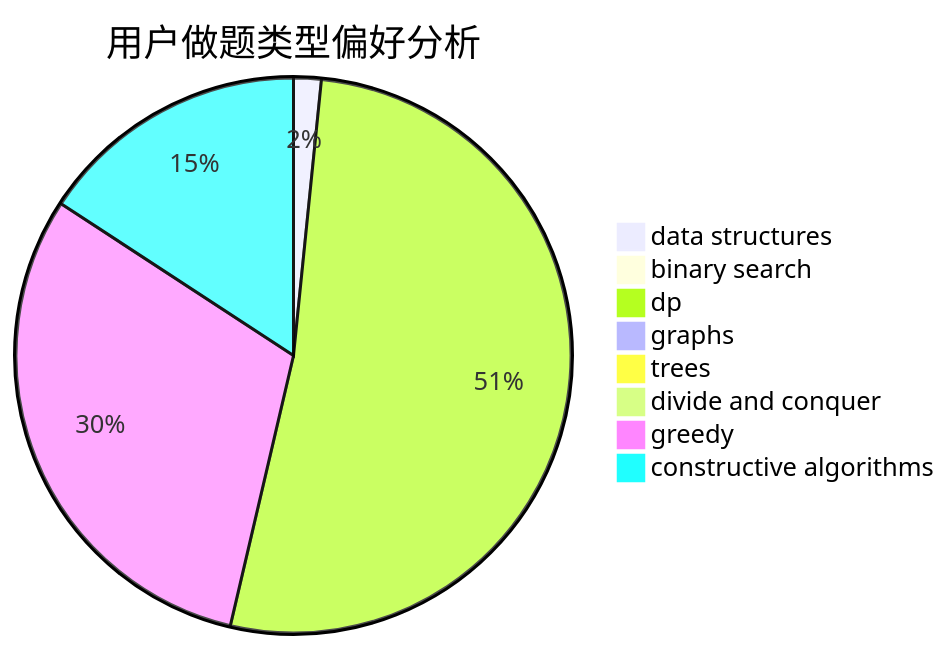
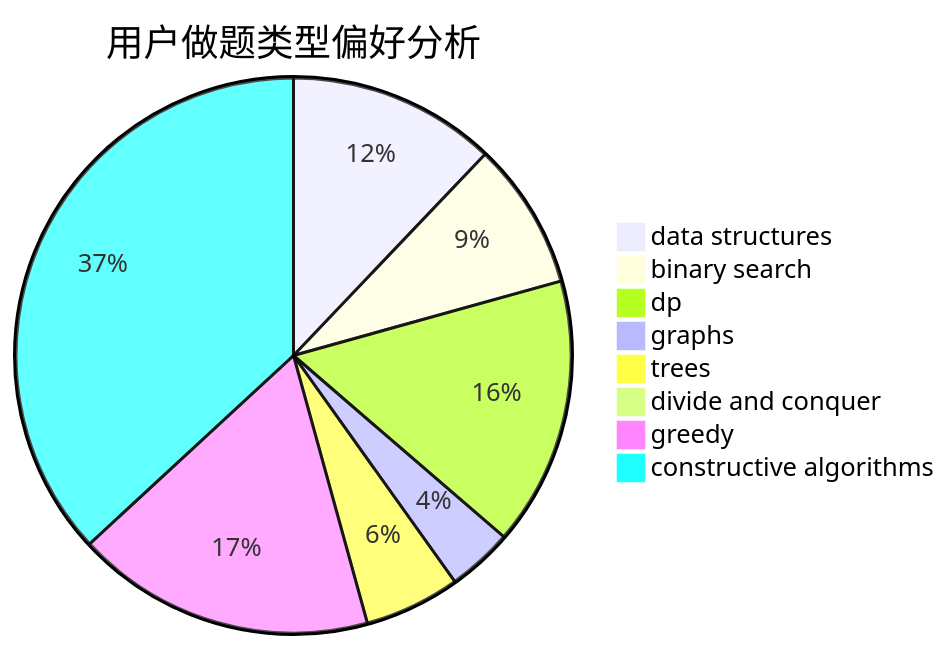
One commit to sherpahu/cfrs.github.io changed the second of 3 diagrams in docs/user/u2536.md. Above: the diagram before and after it, drawn with Mermaid. The commit also changed other lines of this file and 2770 other files, not shown here.

````diff
--- a/docs/user/u2536.md
+++ b/docs/user/u2536.md
@@ -23,11 +23,11 @@
 ```mermaid
 pie title 用户做题类型偏好分析
-    "data structures" :  11
-    "binary search" :  2
-    "dp" :  356
-    "graphs" :  5
-    "trees" :  7
-    "divide and conquer" :  5
-    "greedy" :  209
-    "constructive algorithms" :  108
+    "data structures" :  89
+    "binary search" :  63
+    "dp" :  115
+    "graphs" :  28
+    "trees" :  41
+    "divide and conquer" :  0
+    "greedy" :  128
+    "constructive algorithms" :  271
 ```
````
